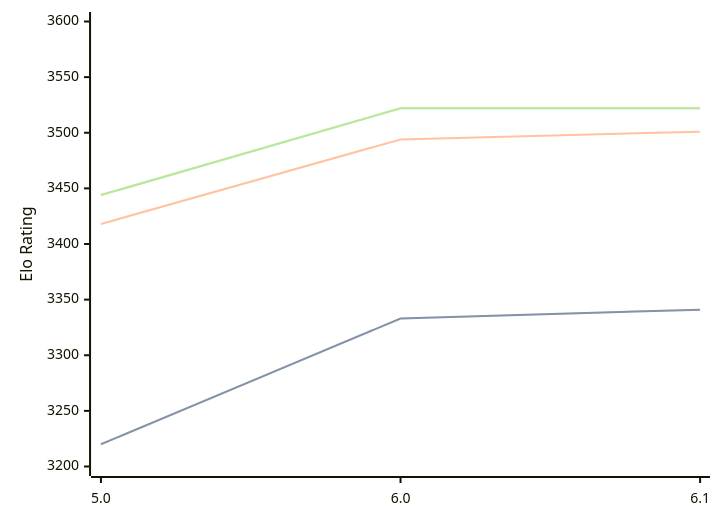
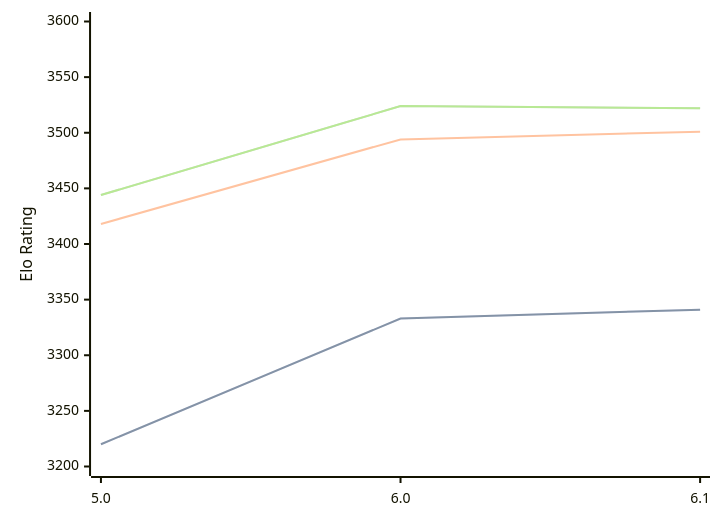
One commit to computer-chess-index/cci changed the diagram in engines/Starzix.md. Above: the diagram before and after it, drawn with Mermaid. The commit also changed other lines of this file, not shown here.

Commit message:
Update CCI Ratings (ELO VLTC) - 2026-09-26

````diff
--- a/engines/Starzix.md
+++ b/engines/Starzix.md
@@ -33,11 +33,11 @@
 ```mermaid
 %%{init: {"theme":"base","themeVariables":{"seriesColors:['#a3a3a3','#222221','#faa371']}}}%%
 xychart-beta
   x-axis ["5.0", "6.0", "6.1"]
   y-axis "Elo Rating" 3200 --> 3600
   line "" [3220, 3333, 3341]
   line "STC (8.0+0.08s)" [3220, 3333, 3341]
   line "LTC (60.0+0.60s)" [3418, 3494, 3501]
-  line "" [3444, 3522, 3522]
-  line "VLTC (2m24s+1.12s)" [3444, 3522, 3522]
+  line "" [3444, 3524, 3522]
+  line "VLTC (2m24s+1.12s)" [3444, 3524, 3522]
 ```
````
